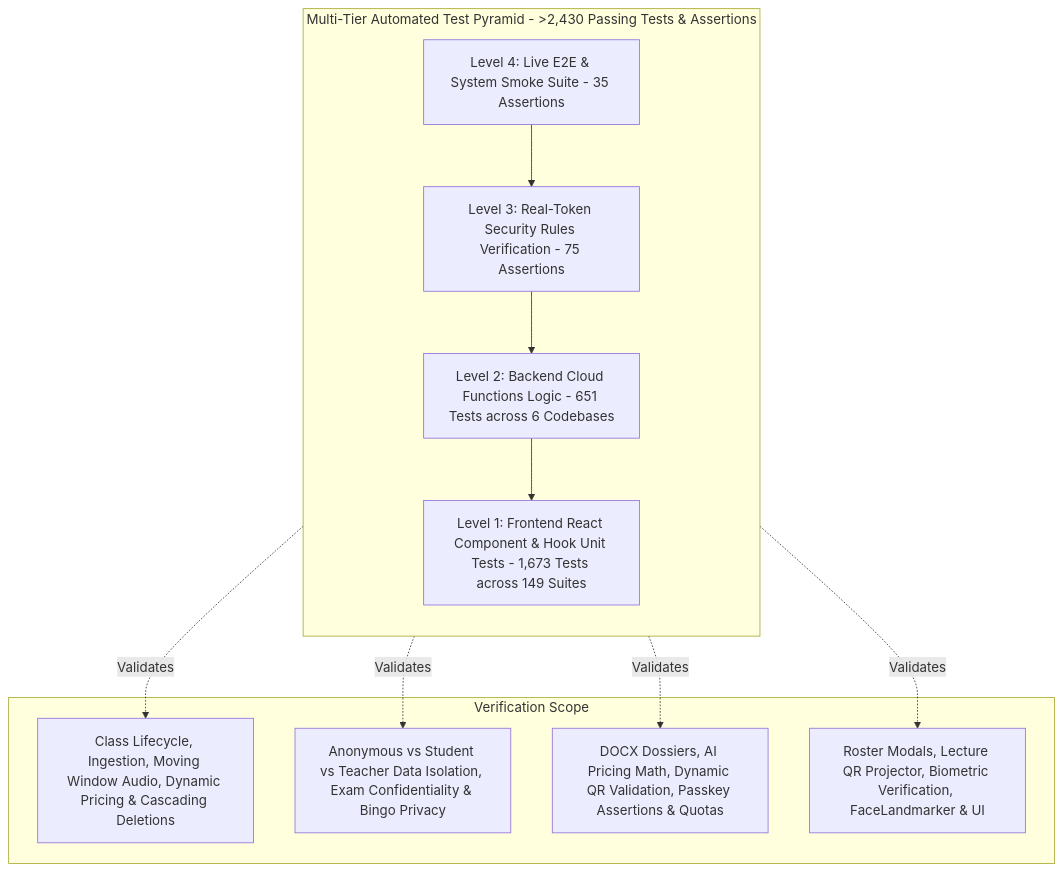
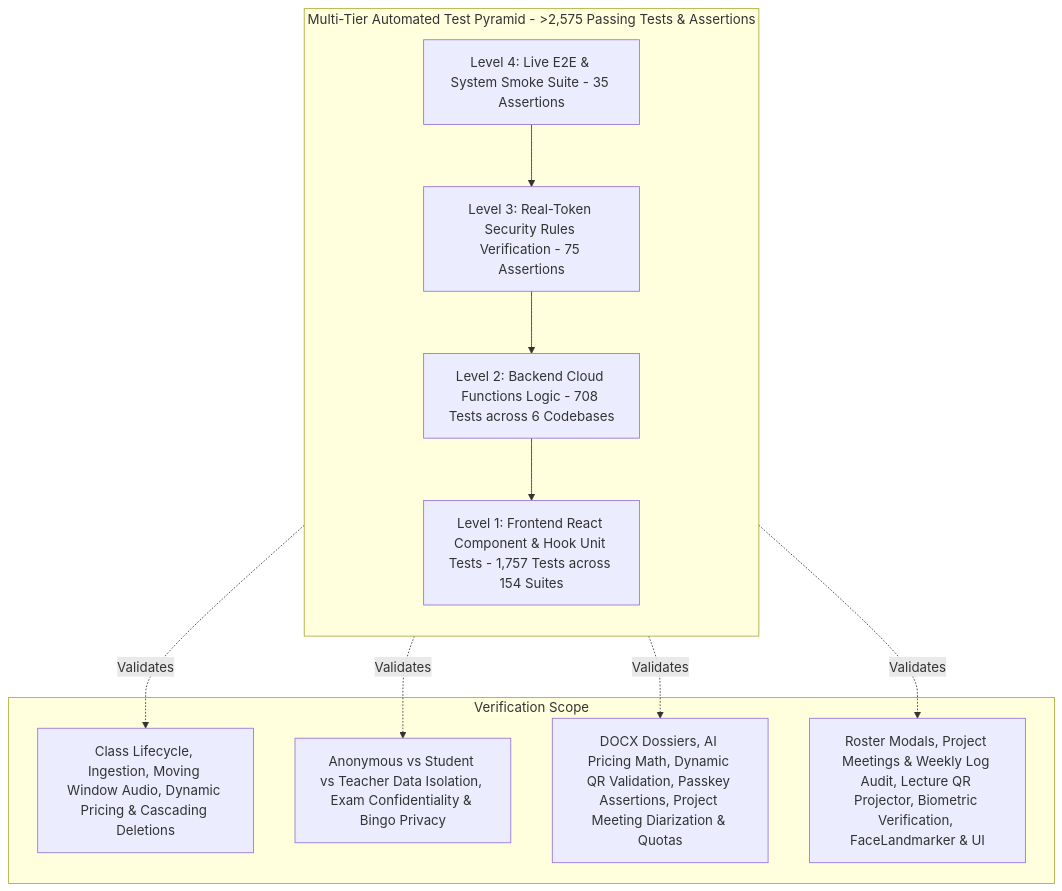
Before and after one commit to wongcyrus/Google-AI-Classroom: the diagram in docs/testing-strategy-and-coverage.md, drawn with Mermaid. The commit also changed other lines of this file and 8 other files, not shown here.

Commit message:
test: restore 90%+ V8 line coverage across backend functions and project meetings modules

````diff
--- a/docs/testing-strategy-and-coverage.md
+++ b/docs/testing-strategy-and-coverage.md
@@ -31,19 +31,19 @@
 ```mermaid
 flowchart TD
-    subgraph Pyramid [Multi-Tier Automated Test Pyramid - >2,430 Passing Tests & Assertions]
+    subgraph Pyramid [Multi-Tier Automated Test Pyramid - >2,575 Passing Tests & Assertions]
         direction TB
         L4[Level 4: Live E2E & System Smoke Suite - 35 Assertions]
         L3[Level 3: Real-Token Security Rules Verification - 75 Assertions]
-        L2[Level 2: Backend Cloud Functions Logic - 651 Tests across 6 Codebases]
-        L1[Level 1: Frontend React Component & Hook Unit Tests - 1,673 Tests across 149 Suites]
+        L2[Level 2: Backend Cloud Functions Logic - 708 Tests across 6 Codebases]
+        L1[Level 1: Frontend React Component & Hook Unit Tests - 1,757 Tests across 154 Suites]
         
         L4 --> L3 --> L2 --> L1
     end
 
     subgraph Details [Verification Scope]
         L4 -.->|Validates| D4[Class Lifecycle, Ingestion, Moving Window Audio, Dynamic Pricing & Cascading Deletions]
         L3 -.->|Validates| D3[Anonymous vs Student vs Teacher Data Isolation, Exam Confidentiality & Bingo Privacy]
-        L2 -.->|Validates| D2[DOCX Dossiers, AI Pricing Math, Dynamic QR Validation, Passkey Assertions & Quotas]
-        L1 -.->|Validates| D1[Roster Modals, Lecture QR Projector, Biometric Verification, FaceLandmarker & UI]
+        L2 -.->|Validates| D2[DOCX Dossiers, AI Pricing Math, Dynamic QR Validation, Passkey Assertions, Project Meeting Diarization & Quotas]
+        L1 -.->|Validates| D1[Roster Modals, Project Meetings & Weekly Log Audit, Lecture QR Projector, Biometric Verification, FaceLandmarker & UI]
     end
 ```
````
